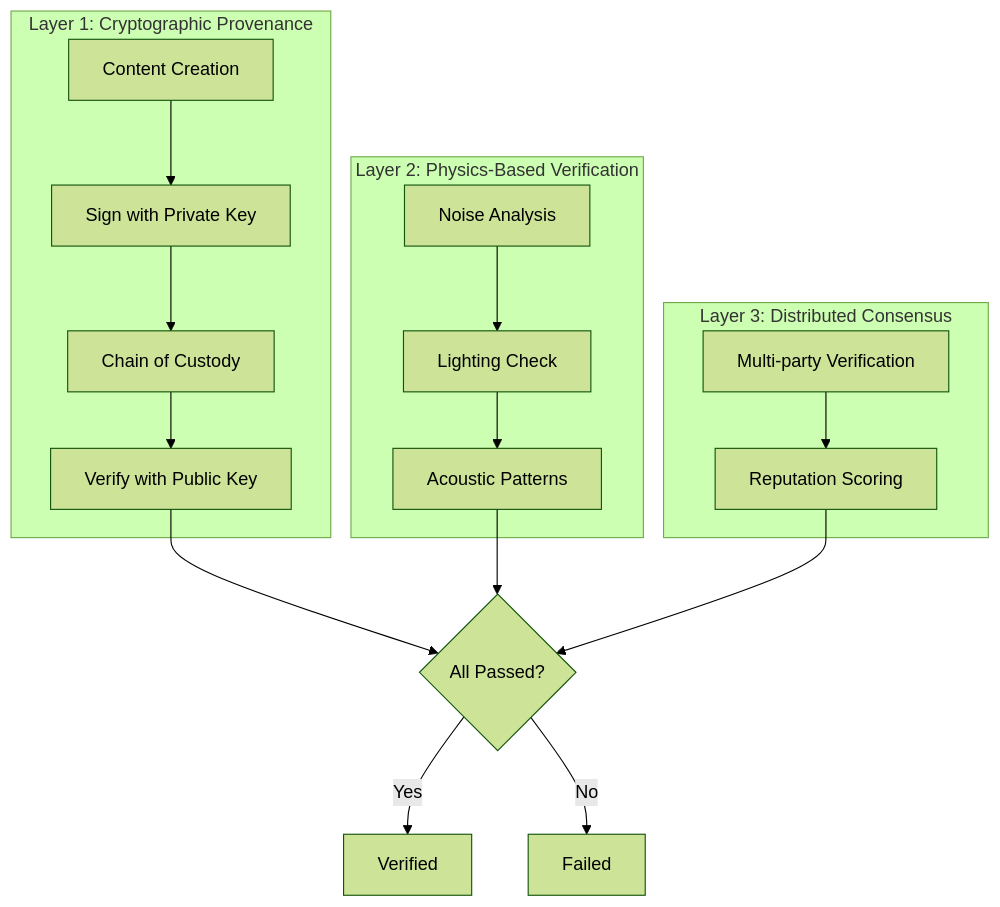
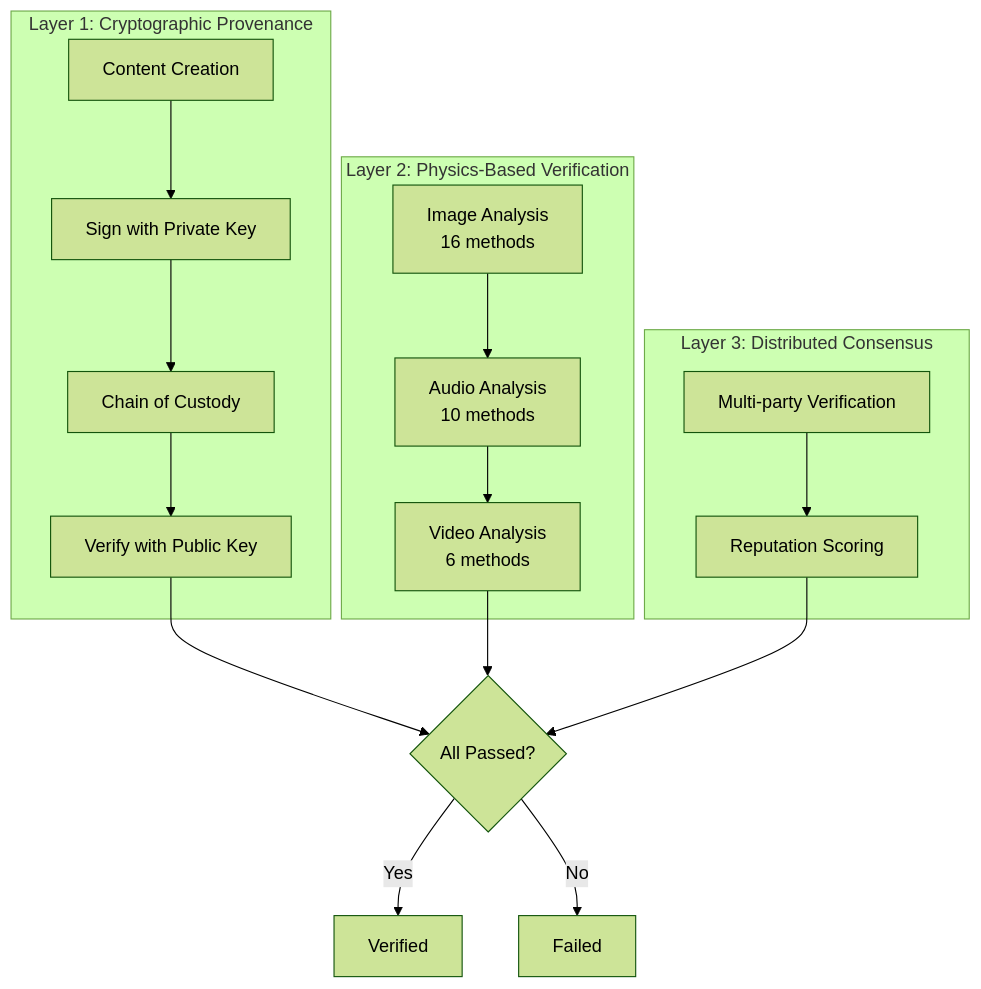
One commit to RamishSiddiqui/asala changed the first of 2 diagrams in docs/architecture.rst. Above: the diagram before and after it, drawn with Mermaid (forest theme). The commit also changed other lines of this file and 63 other files, not shown here.

```diff
--- a/docs/architecture.rst
+++ b/docs/architecture.rst
@@ -7,24 +7,24 @@
 .. mermaid::
 
    flowchart TB
        subgraph Layer1["Layer 1: Cryptographic Provenance"]
            A[Content Creation] --> B[Sign with Private Key]
            B --> C[Chain of Custody]
            C --> D[Verify with Public Key]
        end
        
        subgraph Layer2["Layer 2: Physics-Based Verification"]
-           E[Noise Analysis] --> F[Lighting Check]
-           F --> G[Acoustic Patterns]
+           E[Image Analysis<br/>16 methods] --> F[Audio Analysis<br/>10 methods]
+           F --> G[Video Analysis<br/>6 methods]
        end
        
        subgraph Layer3["Layer 3: Distributed Consensus"]
            H[Multi-party Verification] --> I[Reputation Scoring]
        end
        
        D --> J{All Passed?}
        G --> J
        I --> J
        
        J -->|Yes| K[Verified]
        J -->|No| L[Failed]
```
